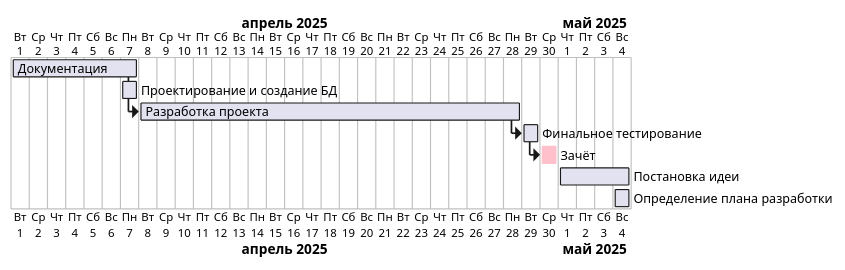
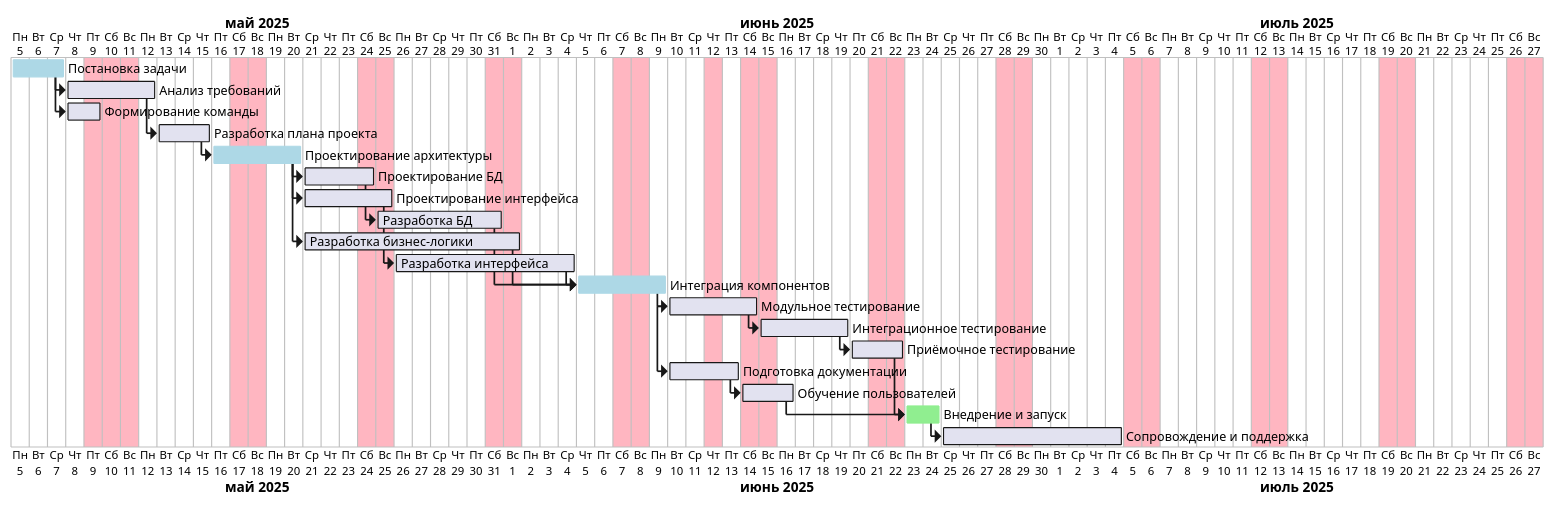
Before and after one commit to GarryKoker/InnoSport_PP.PM.02.-IS-: the diagram in InnoSport/Documents/Diagrams/PlantUML/InnoSportDiagrams/ДиаграммаГанта.plantuml, drawn with PlantUML. The commit also changed 60 other files, not shown here.

```diff
--- a/InnoSport/Documents/Diagrams/PlantUML/InnoSportDiagrams/ДиаграммаГанта.plantuml
+++ b/InnoSport/Documents/Diagrams/PlantUML/InnoSportDiagrams/ДиаграммаГанта.plantuml
@@ -1,37 +1,96 @@
 @startgantt
 language ru
 
-project starts the 2025-04-01
+project starts the 2025-05-05
 
-'Stage1
+' === ЭТАП 1: Подготовка и планирование ===
+[Постановка задачи] requires 3 days
+[Анализ требований] requires 5 days
+[Формирование команды] requires 2 days
+[Разработка плана проекта] requires 3 days
 
-[Документация] requires 7 days
-[Проектирование и создание БД] requires 1 days
-[Разработка проекта] requires 21 days
-[Финальное тестирование] requires 1 days
-[Зачёт] requires 1 days
+[Постановка задачи] starts at 2025-05-05
+[Анализ требований] starts at [Постановка задачи]'s end
+[Формирование команды] starts at [Постановка задачи]'s end
+[Разработка плана проекта] starts at [Анализ требований]'s end
 
-'Stage2
+' === ЭТАП 2: Проектирование ===
+[Проектирование архитектуры] requires 5 days
+[Проектирование БД] requires 4 days
+[Проектирование интерфейса] requires 5 days
 
-[Постановка идеи] requires 4 days
-[Определение плана разработки] requires 1 days
+[Проектирование архитектуры] starts at [Разработка плана проекта]'s end
+[Проектирование БД] starts at [Проектирование архитектуры]'s end
+[Проектирование интерфейса] starts at [Проектирование архитектуры]'s end
 
-'Stage1Diagram
+' === ЭТАП 3: Разработка ===
+[Разработка БД] requires 7 days
+[Разработка бизнес-логики] requires 12 days
+[Разработка интерфейса] requires 10 days
+[Интеграция компонентов] requires 5 days
 
-[Документация] starts at 2025-04-01
-[Проектирование и создание БД] starts at 2025-04-07
-[Разработка проекта] starts at [Документация]'s end
-[Финальное тестирование] starts at [Разработка проекта]'s end
-[Зачёт] starts at [Финальное тестирование]'s end
+[Разработка БД] starts at [Проектирование БД]'s end
+[Разработка бизнес-логики] starts at [Проектирование архитектуры]'s end
+[Разработка интерфейса] starts at [Проектирование интерфейса]'s end
+[Интеграция компонентов] starts at [Разработка БД]'s end
+[Интеграция компонентов] starts at [Разработка бизнес-логики]'s end
+[Интеграция компонентов] starts at [Разработка интерфейса]'s end
 
-[Зачёт] is colored in pink
+' === ЭТАП 4: Тестирование и внедрение ===
+[Модульное тестирование] requires 5 days
+[Интеграционное тестирование] requires 5 days
+[Приёмочное тестирование] requires 3 days
+[Подготовка документации] requires 4 days
+[Обучение пользователей] requires 3 days
+[Внедрение и запуск] requires 2 days
+[Сопровождение и поддержка] requires 10 days
 
-' Saturday are colored in LightPink
-' Sunday are colored in LightPink
+[Модульное тестирование] starts at [Интеграция компонентов]'s end
+[Интеграционное тестирование] starts at [Модульное тестирование]'s end
+[Приёмочное тестирование] starts at [Интеграционное тестирование]'s end
+[Подготовка документации] starts at [Модульное тестирование]'s start
+[Обучение пользователей] starts at [Подготовка документации]'s end
+[Внедрение и запуск] starts at [Приёмочное тестирование]'s end
+[Внедрение и запуск] starts at [Обучение пользователей]'s end
+[Сопровождение и поддержка] starts at [Внедрение и запуск]'s end
 
-'Stage2Diagram
+' === Критические точки ===
+[Постановка задачи] is colored in LightBlue
+[Проектирование архитектуры] is colored in LightBlue
+[Интеграция компонентов] is colored in LightBlue
+[Внедрение и запуск] is colored in LightGreen
 
-[Постановка идеи] starts at 2025-05-01
-[Определение плана разработки] starts  at 2025-05-04
+' === Нерабочие дни (выходные и праздники) ===
+' Май 2025
+2025-05-09 is colored in LightPink
+2025-05-10 is colored in LightPink
+2025-05-11 is colored in LightPink
+2025-05-17 is colored in LightPink
+2025-05-18 is colored in LightPink
+2025-05-24 is colored in LightPink
+2025-05-25 is colored in LightPink
+2025-05-31 is colored in LightPink
+
+' Июнь 2025
+2025-06-01 is colored in LightPink
+2025-06-07 is colored in LightPink
+2025-06-08 is colored in LightPink
+2025-06-12 is colored in LightPink
+2025-06-14 is colored in LightPink
+2025-06-15 is colored in LightPink
+2025-06-21 is colored in LightPink
+2025-06-22 is colored in LightPink
+2025-06-28 is colored in LightPink
+2025-06-29 is colored in LightPink
+
+' Июль 2025
+2025-07-05 is colored in LightPink
+2025-07-06 is colored in LightPink
+2025-07-12 is colored in LightPink
+2025-07-13 is colored in LightPink
+2025-07-19 is colored in LightPink
+2025-07-20 is colored in LightPink
+2025-07-26 is colored in LightPink
+2025-07-27 is colored in LightPink
 
 @endgantt
```
